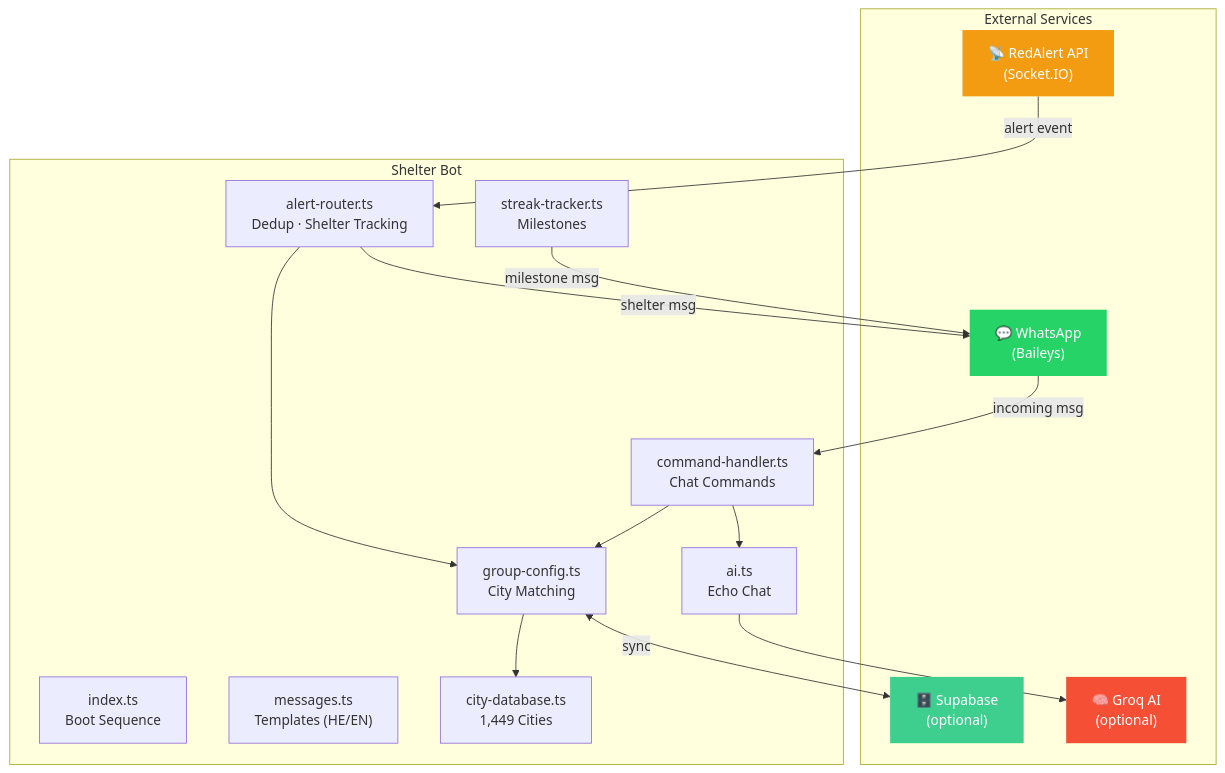
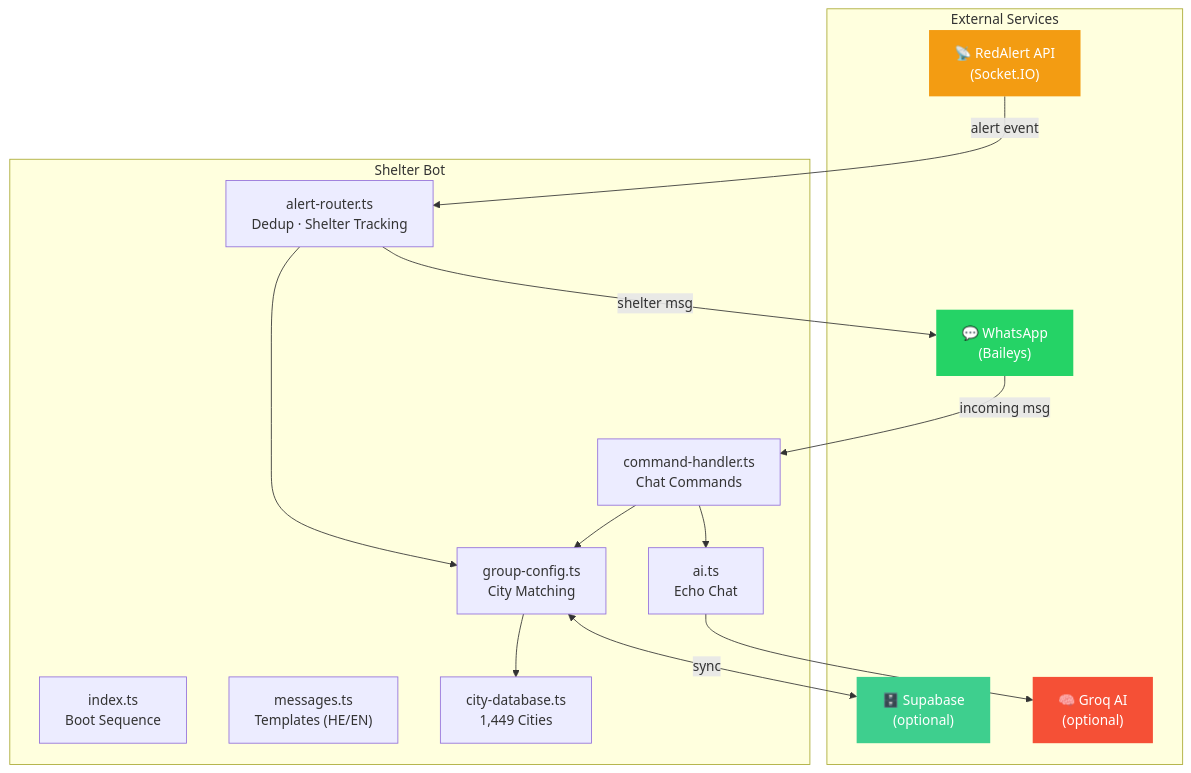
The second of 2 diagrams in README.md (asaf5767/redalert-shelter-bot), drawn with Mermaid before and after one commit. The commit also changed other lines of this file and 10 other files, not shown here.

````diff
--- a/README.md
+++ b/README.md
@@ -198,36 +195,34 @@
 ```mermaid
 graph TB
     subgraph External["External Services"]
         RA["📡 RedAlert API<br/>(Socket.IO)"]
         WA["💬 WhatsApp<br/>(Baileys)"]
         SB["🗄️ Supabase<br/>(optional)"]
         GR["🧠 Groq AI<br/>(optional)"]
     end
 
     subgraph Bot["Shelter Bot"]
         IDX["index.ts<br/>Boot Sequence"]
         AR["alert-router.ts<br/>Dedup · Shelter Tracking"]
         GC["group-config.ts<br/>City Matching"]
         CMD["command-handler.ts<br/>Chat Commands"]
-        ST["streak-tracker.ts<br/>Milestones"]
         AI["ai.ts<br/>Echo Chat"]
         MSG["messages.ts<br/>Templates (HE/EN)"]
         CD["city-database.ts<br/>1,449 Cities"]
     end
 
     RA -->|alert event| AR
     AR --> GC
     GC --> CD
     AR -->|shelter msg| WA
     WA -->|incoming msg| CMD
     CMD --> AI
     AI --> GR
     CMD --> GC
-    ST -->|milestone msg| WA
     GC <-->|sync| SB
 
     style RA fill:#f39c12,color:#fff,stroke:none
     style WA fill:#25D366,color:#fff,stroke:none
     style SB fill:#3ecf8e,color:#fff,stroke:none
     style GR fill:#f55036,color:#fff,stroke:none
 ```
````
